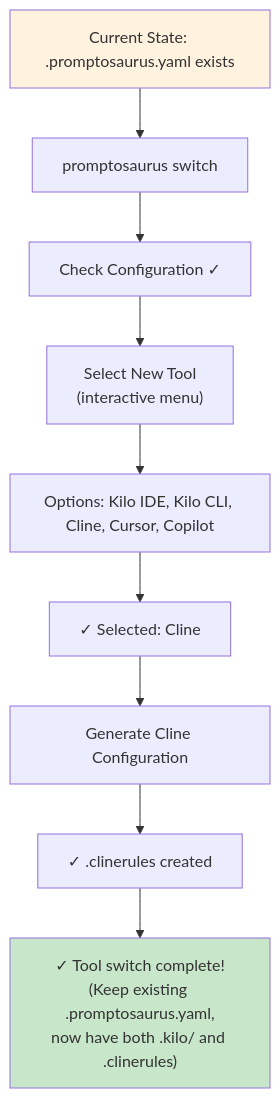
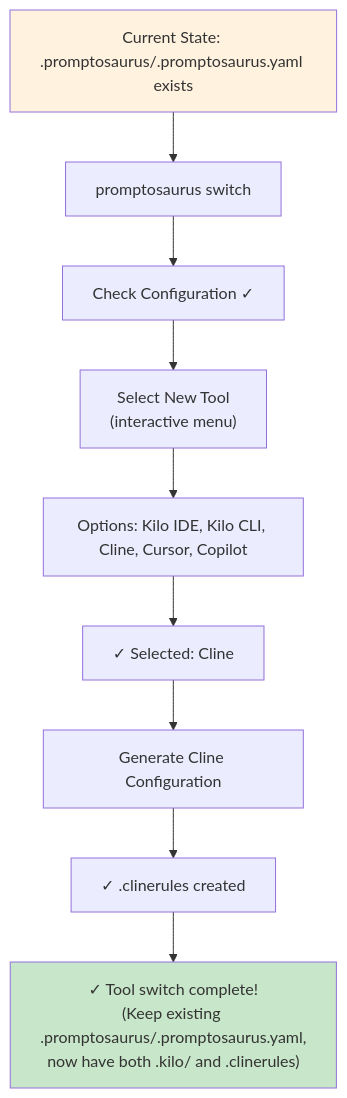
The third of 11 diagrams in docs/DIAGRAMS_GUIDE.md (snoodleboot-io/prompticorn), drawn with Mermaid before and after one commit. The commit also changed other lines of this file and 234 other files, not shown here.

````diff
--- a/docs/DIAGRAMS_GUIDE.md
+++ b/docs/DIAGRAMS_GUIDE.md
@@ -76,16 +76,16 @@
 ```mermaid
 flowchart TD
-    A["Current State: .promptosaurus.yaml exists"] --> B["promptosaurus switch"]
+    A["Current State: .promptosaurus/.promptosaurus.yaml exists"] --> B["promptosaurus switch"]
     B --> C["Check Configuration ✓"]
     C --> D["Select New Tool<br/>(interactive menu)"]
     D --> D1["Options: Kilo IDE, Kilo CLI, Cline, Cursor, Copilot"]
     D1 --> D2["✓ Selected: Cline"]
     
     D2 --> E["Generate Cline Configuration"]
     E --> E1["✓ .clinerules created"]
     
-    E1 --> F["✓ Tool switch complete!<br/>(Keep existing .promptosaurus.yaml,<br/>now have both .kilo/ and .clinerules)"]
+    E1 --> F["✓ Tool switch complete!<br/>(Keep existing .promptosaurus/.promptosaurus.yaml,<br/>now have both .kilo/ and .clinerules)"]
     
     style A fill:#fff3e0
     style F fill:#c8e6c9
 ```
````
